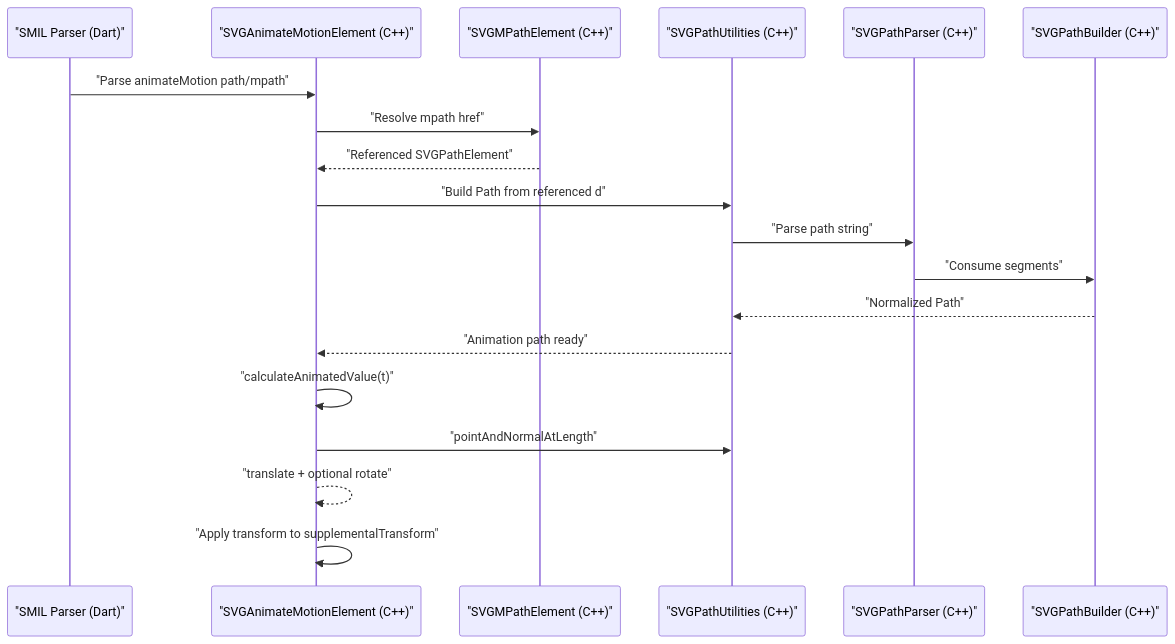
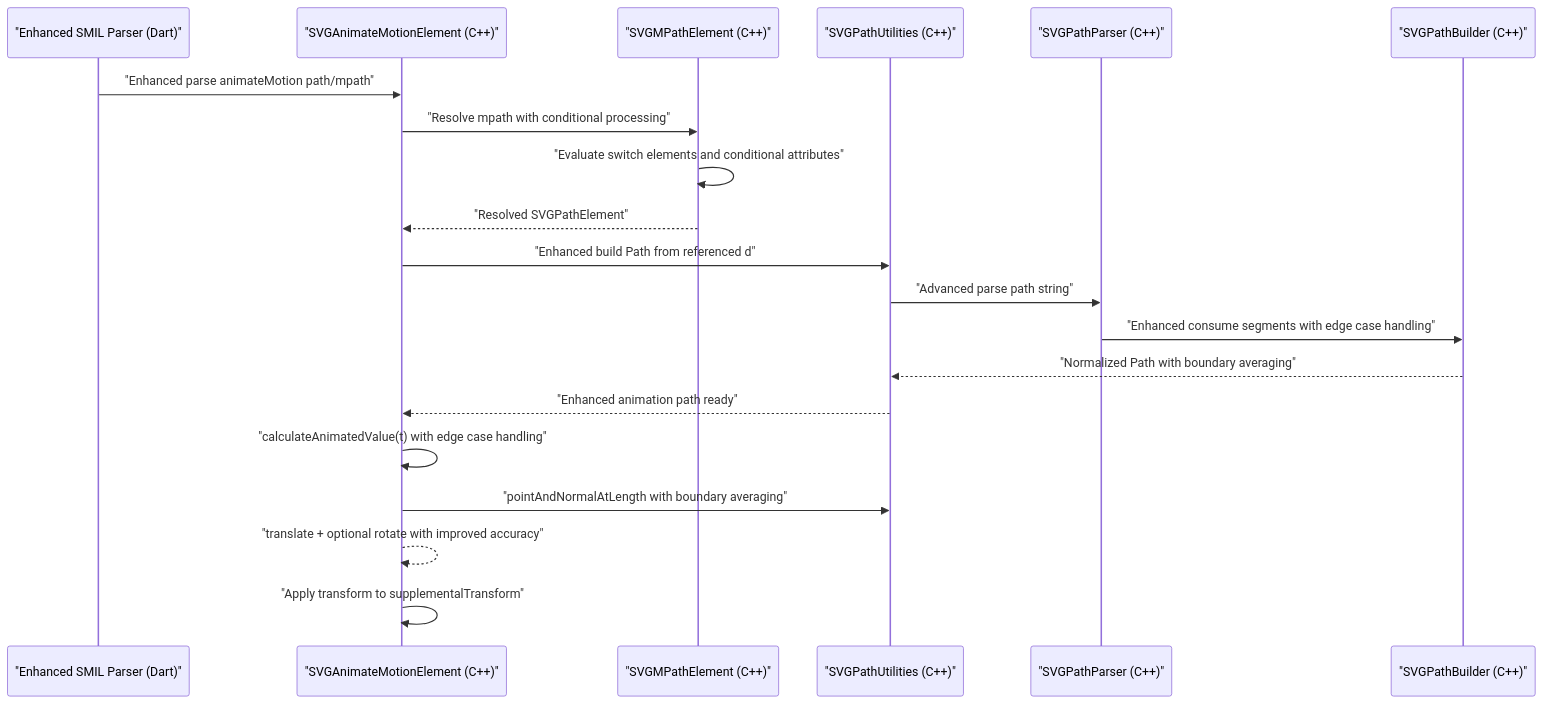
Before and after one commit to denisnadey/flutter_full_svg_support: the second of 7 diagrams in .qoder/repowiki/en/content/Animated SVG Support/SMIL Animation Specification/SMIL Motion Animation.md, drawn with Mermaid. The commit also changed other lines of this file and 20 other files, not shown here.

````diff
--- a/.qoder/repowiki/en/content/Animated SVG Support/SMIL Animation Specification/SMIL Motion Animation.md
+++ b/.qoder/repowiki/en/content/Animated SVG Support/SMIL Animation Specification/SMIL Motion Animation.md
@@ -128,21 +149,22 @@
 ```mermaid
 sequenceDiagram
-participant P as "SMIL Parser (Dart)"
+participant P as "Enhanced SMIL Parser (Dart)"
 participant AM as "SVGAnimateMotionElement (C++)"
 participant MP as "SVGMPathElement (C++)"
 participant PU as "SVGPathUtilities (C++)"
 participant PP as "SVGPathParser (C++)"
 participant PB as "SVGPathBuilder (C++)"
-P->>AM : "Parse animateMotion path/mpath"
-AM->>MP : "Resolve mpath href"
-MP-->>AM : "Referenced SVGPathElement"
-AM->>PU : "Build Path from referenced d"
-PU->>PP : "Parse path string"
-PP->>PB : "Consume segments"
-PB-->>PU : "Normalized Path"
-PU-->>AM : "Animation path ready"
-AM->>AM : "calculateAnimatedValue(t)"
-AM->>PU : "pointAndNormalAtLength"
-AM-->>AM : "translate + optional rotate"
+P->>AM : "Enhanced parse animateMotion path/mpath"
+AM->>MP : "Resolve mpath with conditional processing"
+MP->>MP : "Evaluate switch elements and conditional attributes"
+MP-->>AM : "Resolved SVGPathElement"
+AM->>PU : "Enhanced build Path from referenced d"
+PU->>PP : "Advanced parse path string"
+PP->>PB : "Enhanced consume segments with edge case handling"
+PB-->>PU : "Normalized Path with boundary averaging"
+PU-->>AM : "Enhanced animation path ready"
+AM->>AM : "calculateAnimatedValue(t) with edge case handling"
+AM->>PU : "pointAndNormalAtLength with boundary averaging"
+AM-->>AM : "translate + optional rotate with improved accuracy"
 AM->>AM : "Apply transform to supplementalTransform"
 ```
````
